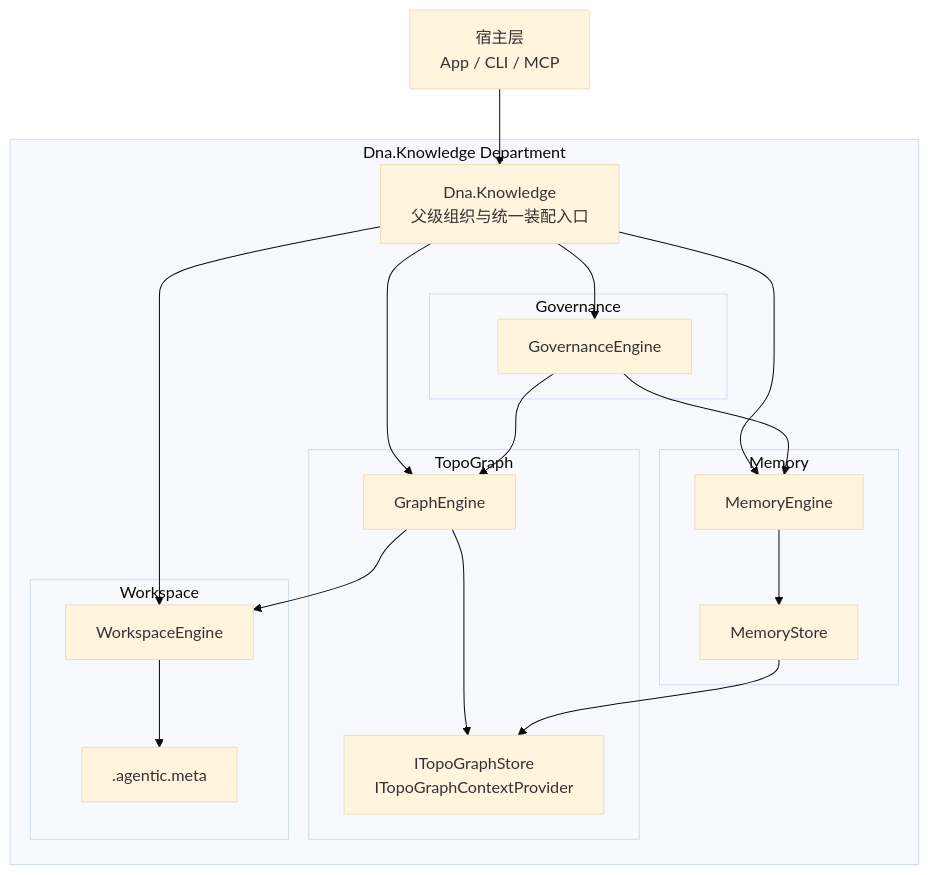
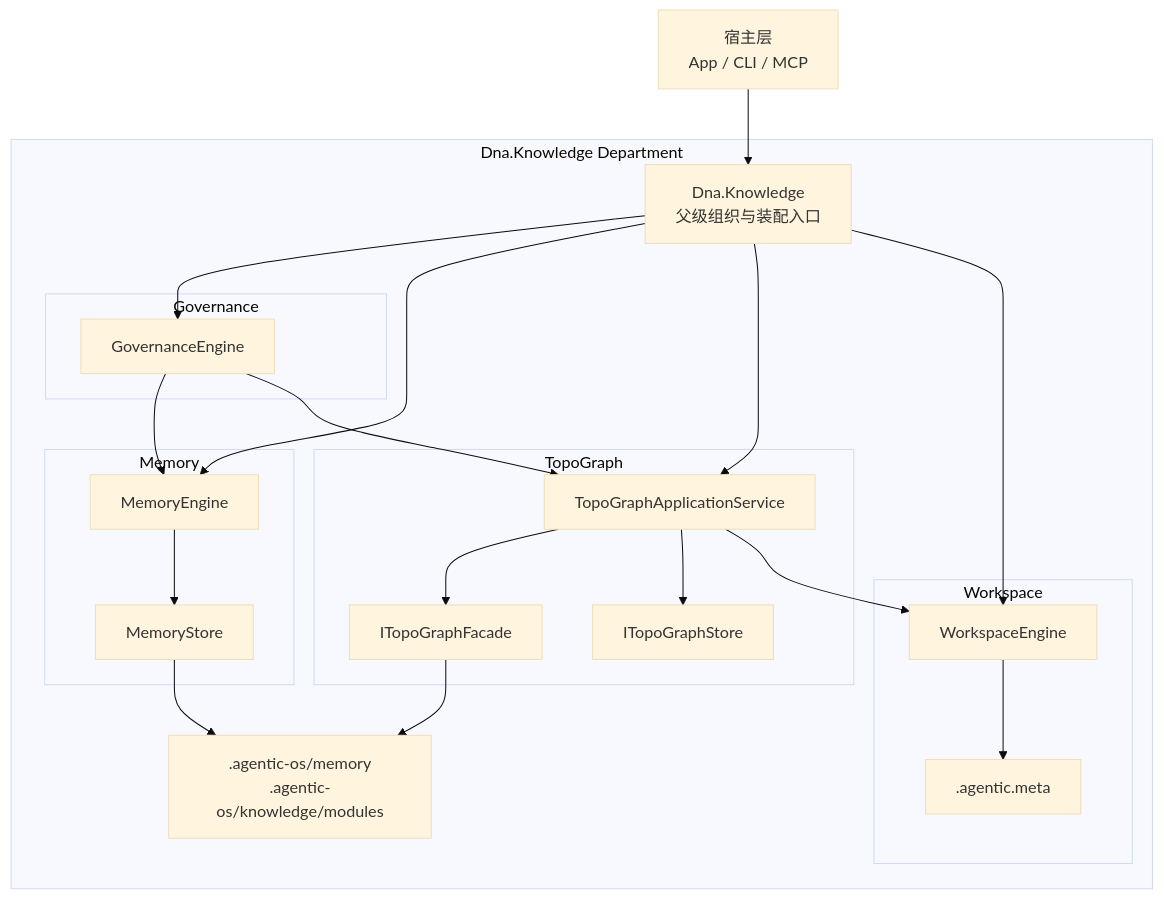
The first of 3 diagrams in src/Dna.Knowledge/UML.md (nan023062/project-dna), drawn with Mermaid (base theme) before and after one commit. The commit also changed other lines of this file and 55 other files, not shown here.

Commit message:
refactor: remove legacy topo runtime and align memory flow

````diff
--- a/src/Dna.Knowledge/UML.md
+++ b/src/Dna.Knowledge/UML.md
@@ -28,41 +11,46 @@
 ```mermaid
 flowchart TD
     Host["宿主层<br/>App / CLI / MCP"]
 
     subgraph Knowledge["Dna.Knowledge Department"]
-        Root["Dna.Knowledge<br/>父级组织与统一装配入口"]
+        Root["Dna.Knowledge<br/>父级组织与装配入口"]
 
         subgraph GovernancePkg["Governance"]
             Governance["GovernanceEngine"]
         end
 
         subgraph MemoryPkg["Memory"]
             Memory["MemoryEngine"]
-            Store["MemoryStore"]
+            MemoryStore["MemoryStore"]
         end
 
         subgraph TopoPkg["TopoGraph"]
-            Topo["GraphEngine"]
-            TopoContracts["ITopoGraphStore<br/>ITopoGraphContextProvider"]
+            TopoApp["TopoGraphApplicationService"]
+            TopoFacade["ITopoGraphFacade"]
+            TopoStore["ITopoGraphStore"]
         end
 
         subgraph WorkspacePkg["Workspace"]
             Workspace["WorkspaceEngine"]
             WorkspaceMeta[".agentic.meta"]
         end
+
+        Files[".agentic-os/memory<br/>.agentic-os/knowledge/modules"]
     end
 
     Host --> Root
     Root --> Governance
     Root --> Memory
-    Root --> Topo
+    Root --> TopoApp
     Root --> Workspace
 
     Governance --> Memory
-    Governance --> Topo
-    Memory --> Store
-    Topo --> TopoContracts
-    Store --> TopoContracts
-    Topo --> Workspace
+    Governance --> TopoApp
+    Memory --> MemoryStore
+    TopoApp --> TopoFacade
+    TopoApp --> TopoStore
+    TopoApp --> Workspace
+    MemoryStore --> Files
+    TopoFacade --> Files
     Workspace --> WorkspaceMeta
 ```
````
